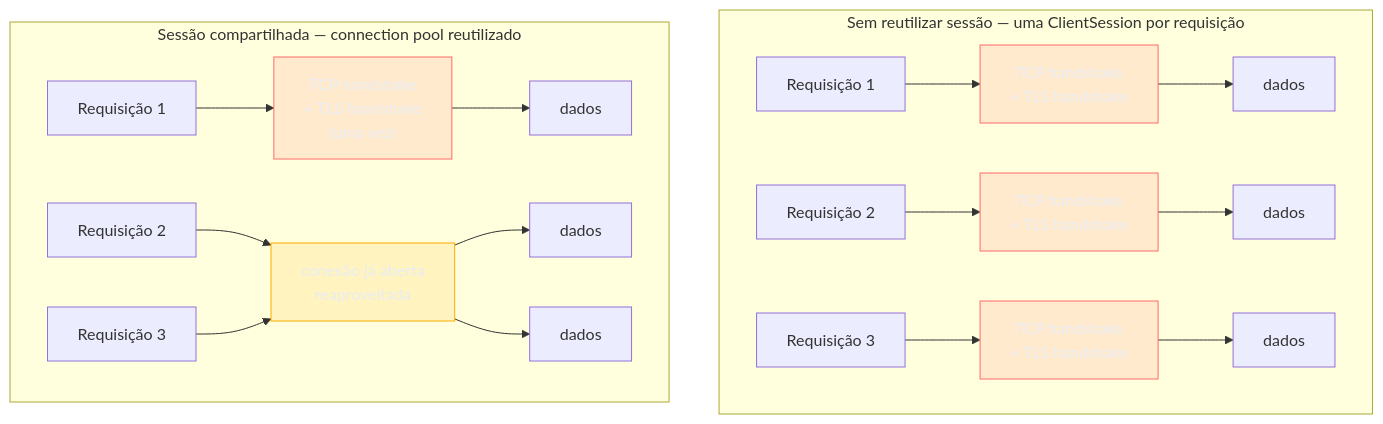
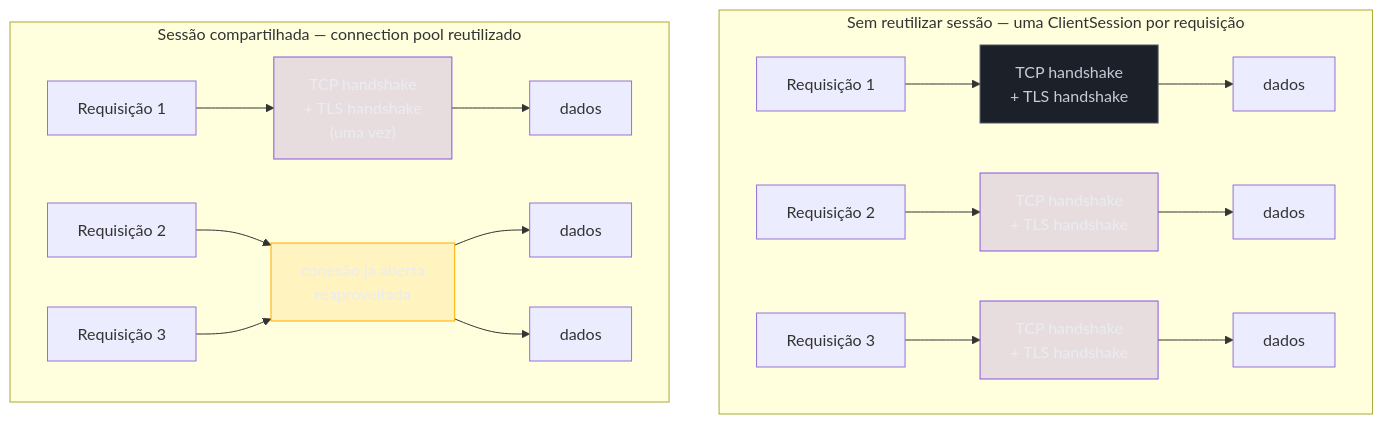
Before and after one commit to josenaldo/codex-technomanticus: the first of 2 diagrams in 03-Dominios/Tecnologia/Python/Programação Reativa e Assíncrona/03 - aiohttp cliente — ClientSession, connection pooling e requisições concorrentes.md, drawn with Mermaid. The commit also changed 601 other files, not shown here.

````diff
--- a/03-Dominios/Tecnologia/Python/Programação Reativa e Assíncrona/03 - aiohttp cliente — ClientSession, connection pooling e requisições concorrentes.md
+++ b/03-Dominios/Tecnologia/Python/Programação Reativa e Assíncrona/03 - aiohttp cliente — ClientSession, connection pooling e requisições concorrentes.md
@@ -58,28 +58,29 @@
 ```mermaid
 flowchart TB
-    classDef falha fill:#FF6B6B24,stroke:#FF6B6B,color:#E9ECF2
+    classDef marca fill:#8855DF33,stroke:#8855DF,color:#E9ECF2
+    classDef neutro fill:#1B2029,stroke:#4E5666,color:#C6CCD8
     classDef destaque fill:#FFAA0024,stroke:#FFAA00,color:#E9ECF2
     subgraph SemPool["Sem reutilizar sessão — uma ClientSession por requisição"]
         R1["Requisição 1"] --> H1["TCP handshake<br/>+ TLS handshake"]
         R2["Requisição 2"] --> H2["TCP handshake<br/>+ TLS handshake"]
         R3["Requisição 3"] --> H3["TCP handshake<br/>+ TLS handshake"]
         H1 --> D1["dados"]
         H2 --> D2["dados"]
         H3 --> D3["dados"]
     end
 
     subgraph ComPool["Sessão compartilhada — connection pool reutilizado"]
         RA["Requisição 1"] --> HA["TCP handshake<br/>+ TLS handshake<br/>(uma vez)"]
         HA --> DA["dados"]
         RB["Requisição 2"] --> Pool["conexão já aberta<br/>reaproveitada"]
         RC["Requisição 3"] --> Pool
         Pool --> DB["dados"]
         Pool --> DC["dados"]
     end
 
-    class H1 falha
-    class H2 falha
-    class H3 falha
-    class HA falha
+    class H1 neutro
+    class H2 marca
+    class H3 marca
+    class HA marca
     class Pool destaque
 ```
````
